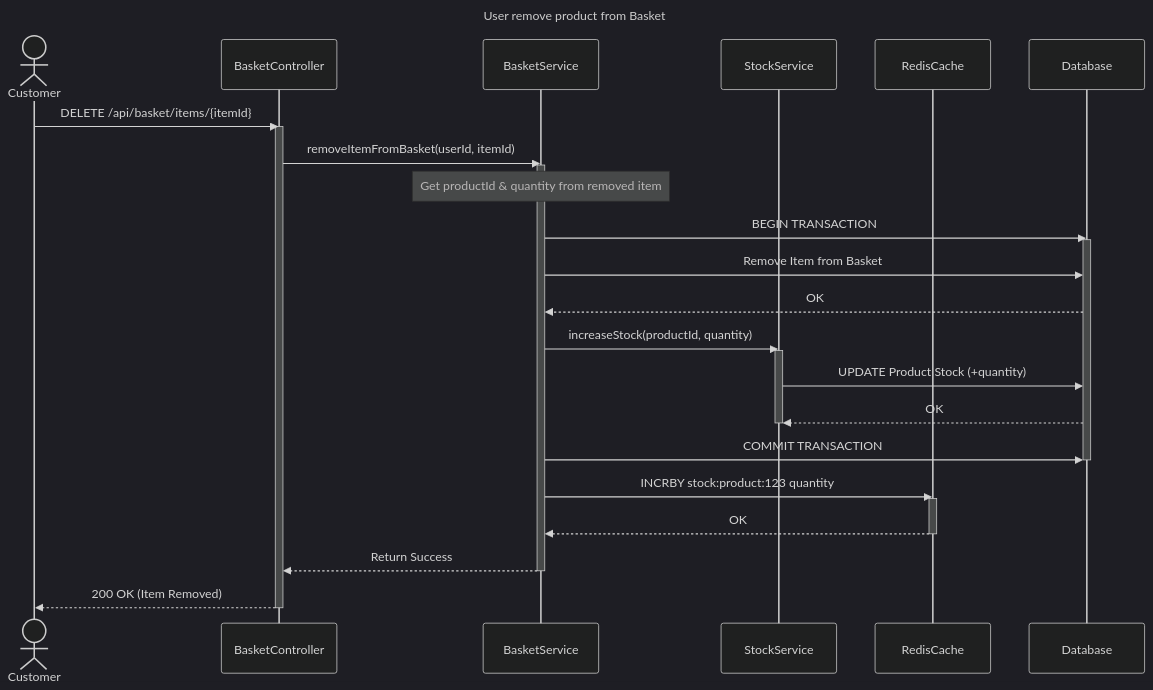
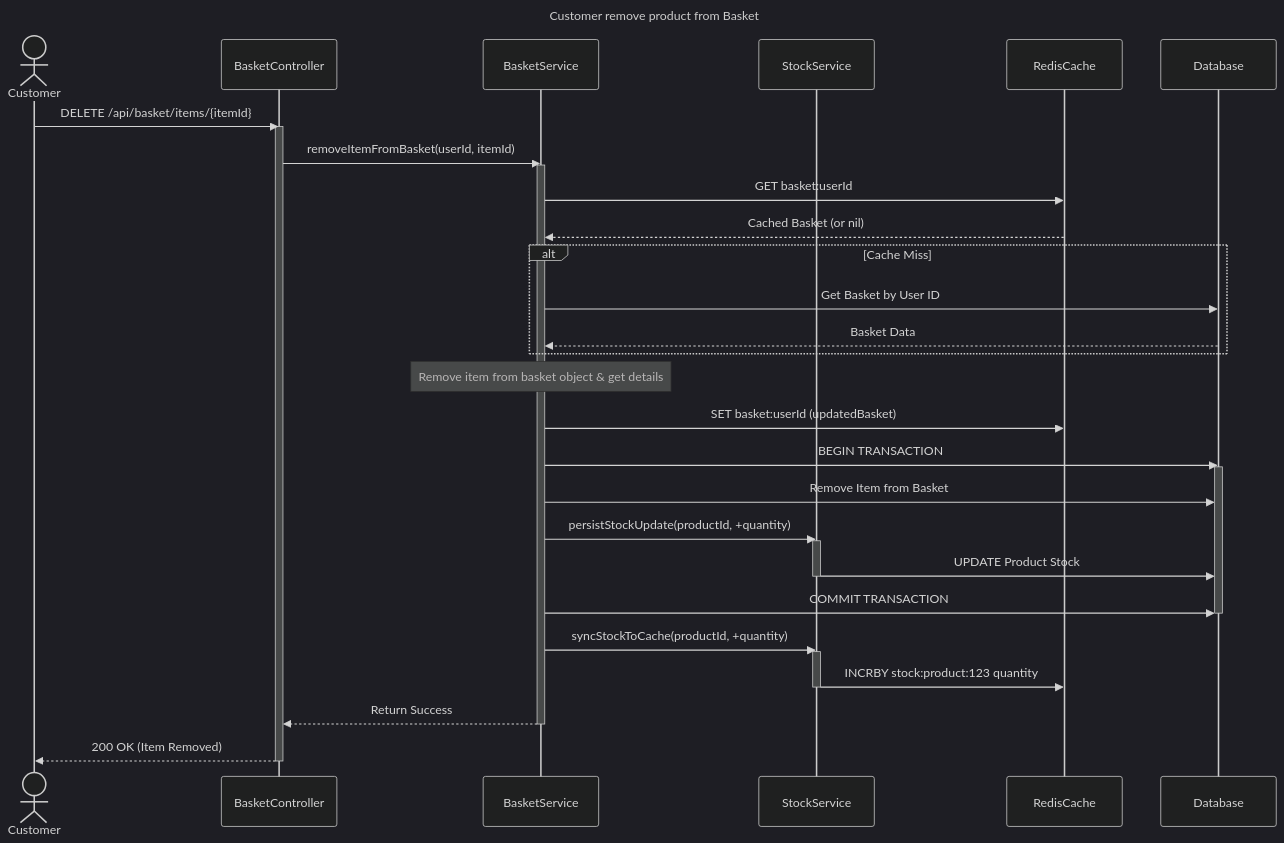
The diagram in diagram/sequence/user_remove_basekt.mmd (ngaikkeung/electronic-store-checkout-backend), drawn with Mermaid (dark theme) before and after one commit. The commit also changed 2 other files, not shown here.

Commit message:
Update diagram

```diff
--- a/diagram/sequence/user_remove_basekt.mmd
+++ b/diagram/sequence/user_remove_basekt.mmd
@@ -1,46 +1,52 @@
 sequenceDiagram
-    title User remove product from Basket
+    title Customer remove product from Basket
 
     actor Customer
     participant BasketController
     participant BasketService
     participant StockService
     participant RedisCache
     participant Database
 
     Customer->>BasketController: DELETE /api/basket/items/{itemId}
     activate BasketController
 
     BasketController->>BasketService: removeItemFromBasket(userId, itemId)
     activate BasketService
 
-    note over BasketService: Get productId & quantity from removed item
+    %% 1. Get basket from cache or DB
+    BasketService->>RedisCache: GET basket:userId
+    RedisCache-->>BasketService: Cached Basket (or nil)
+    
+    alt Cache Miss
+        BasketService->>Database: Get Basket by User ID
+        Database-->>BasketService: Basket Data
+    end
 
-    %% The database operations are wrapped in a transaction
+    note over BasketService: Remove item from basket object & get details
+
+    %% 2. Upsert updated basket back into Redis
+    BasketService->>RedisCache: SET basket:userId (updatedBasket)
+
+    %% 3. Persist changes to the database
     BasketService->>Database: BEGIN TRANSACTION
     activate Database
-
     BasketService->>Database: Remove Item from Basket
-    Database-->>BasketService: OK
-
-    %% Delegate the stock update to a dedicated service
-    BasketService->>StockService: increaseStock(productId, quantity)
+    BasketService->>StockService: persistStockUpdate(productId, +quantity)
     activate StockService
-    StockService->>Database: UPDATE Product Stock (+quantity)
-    Database-->>StockService: OK
+    StockService->>Database: UPDATE Product Stock
     deactivate StockService
-    
     BasketService->>Database: COMMIT TRANSACTION
     deactivate Database
 
-    %% After the DB is successfully updated, sync the change to Redis
-    BasketService->>RedisCache: INCRBY stock:product:123 quantity
-    activate RedisCache
-    RedisCache-->>BasketService: OK
-    deactivate RedisCache
+    %% 4. Sync stock back to Redis cache via StockService
+    BasketService->>StockService: syncStockToCache(productId, +quantity)
+    activate StockService
+    StockService->>RedisCache: INCRBY stock:product:123 quantity
+    deactivate StockService
 
     BasketService-->>BasketController: Return Success
     deactivate BasketService
 
     BasketController-->>Customer: 200 OK (Item Removed)
     deactivate BasketController
```
